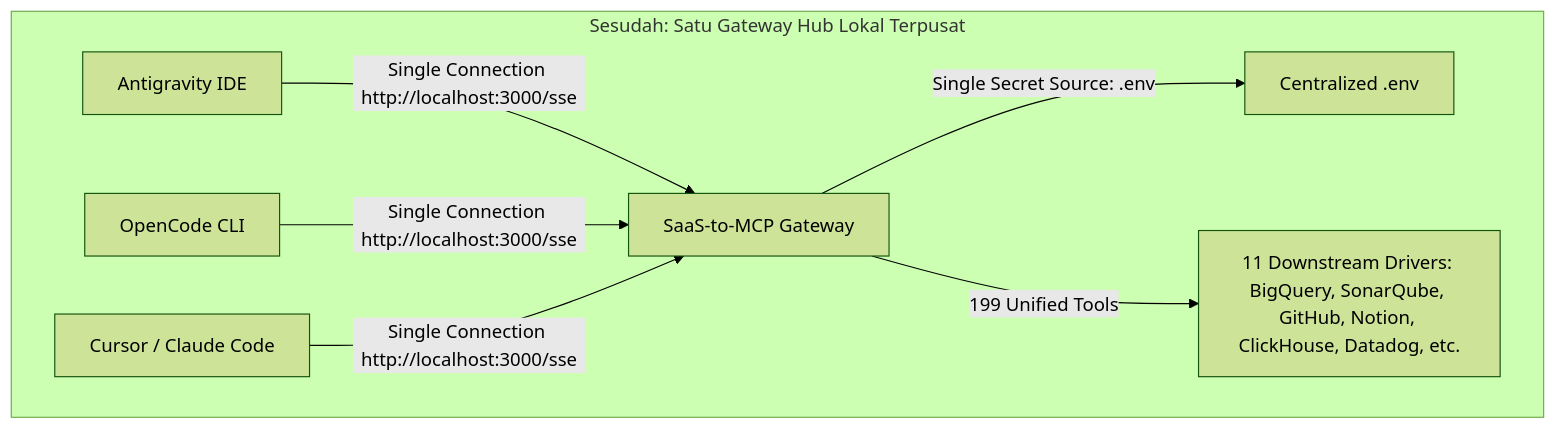
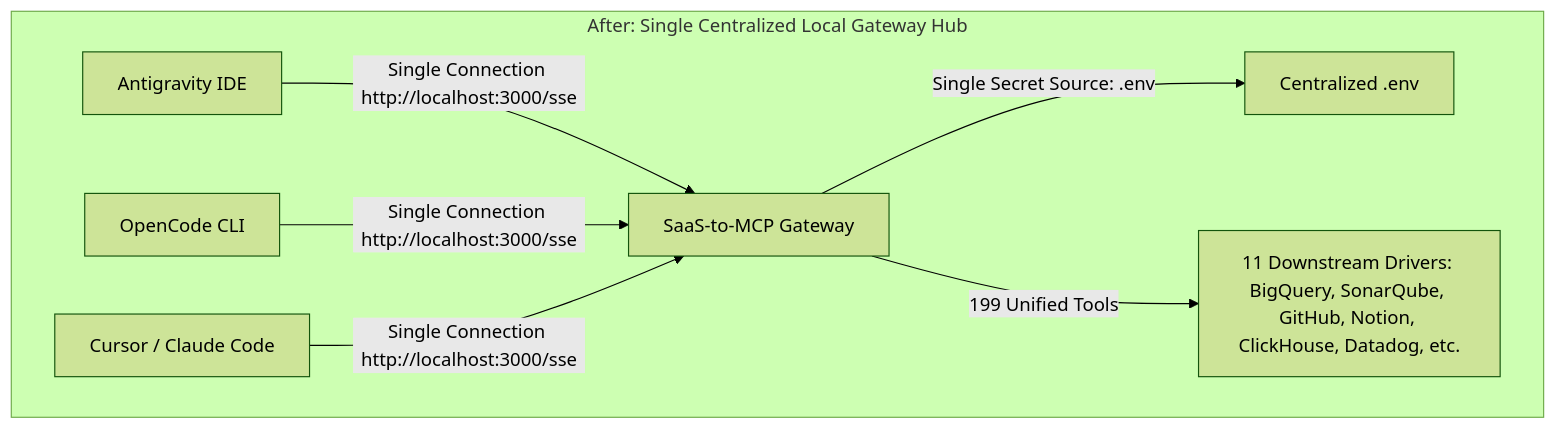
One commit to qybbs/saas-to-mcp-gateway changed the second of 2 diagrams in docs/consolidation-guide.md. Above: the diagram before and after it, drawn with Mermaid (forest theme). The commit also changed other lines of this file and 32 other files, not shown here.

````diff
--- a/docs/consolidation-guide.md
+++ b/docs/consolidation-guide.md
@@ -34,11 +34,11 @@
 ```mermaid
 graph TD
-    subgraph Unified ["Sesudah: Satu Gateway Hub Lokal Terpusat"]
+    subgraph Unified ["After: Single Centralized Local Gateway Hub"]
         AG2[Antigravity IDE] -->|Single Connection http://localhost:3000/sse| GW[SaaS-to-MCP Gateway]
         OC2[OpenCode CLI] -->|Single Connection http://localhost:3000/sse| GW
         CR2[Cursor / Claude Code] -->|Single Connection http://localhost:3000/sse| GW
         
         GW -->|Single Secret Source: .env| SEC[Centralized .env]
         GW -->|199 Unified Tools| OUT[11 Downstream Drivers: BigQuery, SonarQube, GitHub, Notion, ClickHouse, Datadog, etc.]
     end
 ```
````
